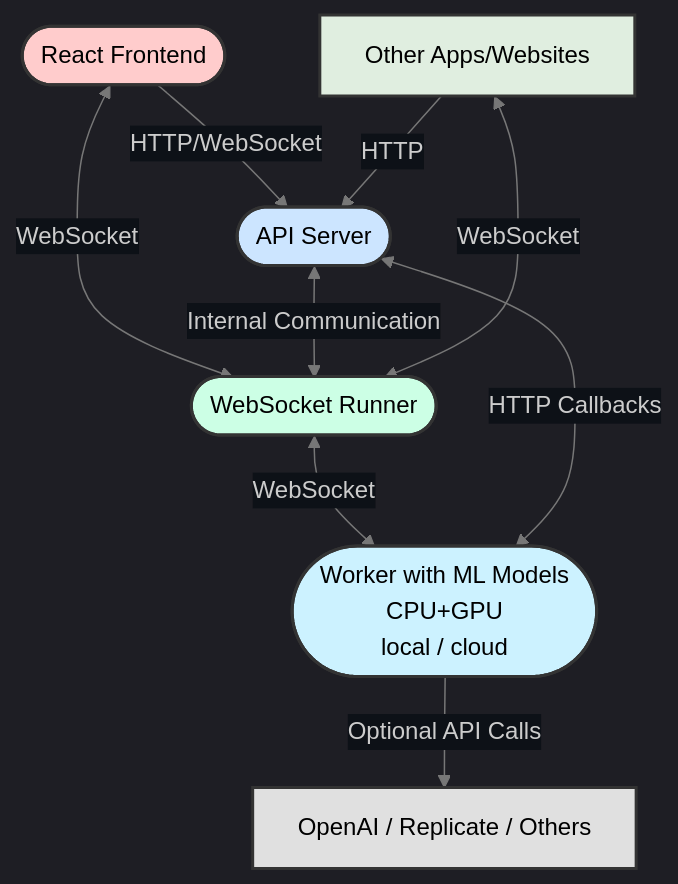
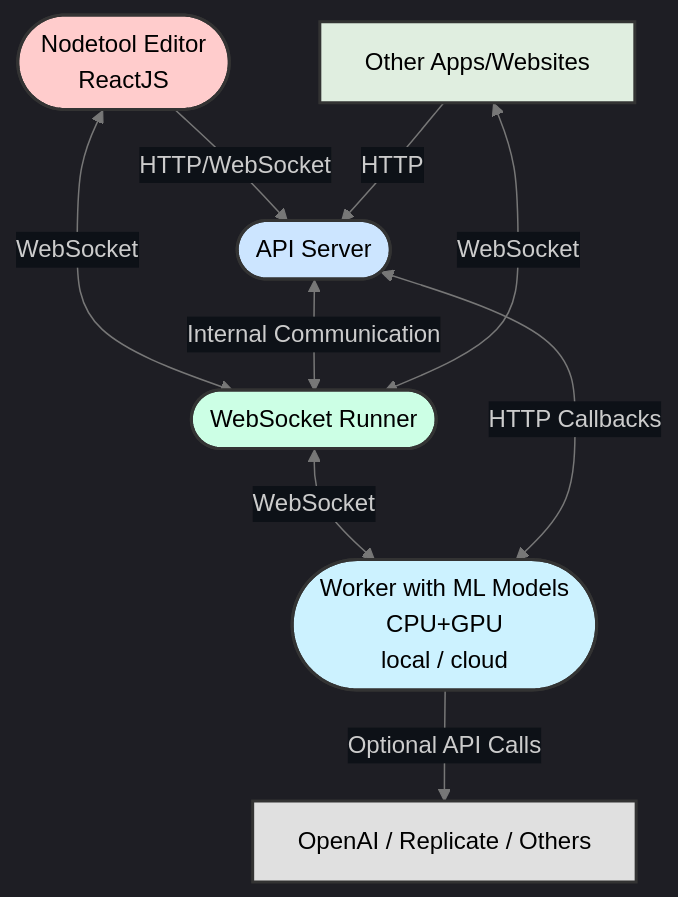
One commit to nodetool-ai/nodetool changed the diagram in README.md. Above: the diagram before and after it, drawn with Mermaid.

Commit message:
Update README.md architecture graph

````diff
--- a/README.md
+++ b/README.md
@@ -102,29 +102,29 @@
 ```mermaid
 %%{init: {'theme': 'dark', 'themeVariables': { 'primaryColor': '#0d1117', 'edgeLabelBackground': '#0d1117', 'lineColor': '#777', 'edgeLabelColor': '#777' }}}%%
 
 graph TD
-A([React Frontend]) -->|HTTP/WebSocket| B([API Server])
+A([Nodetool Editor<br>ReactJS]) -->|HTTP/WebSocket| B([API Server])
 A <-->|WebSocket| C([WebSocket Runner])
 B <-->|Internal Communication| C
 C <-->|WebSocket| D([Worker with ML Models<br> CPU+GPU <br>local / cloud])
 D <-->|HTTP Callbacks| B
 E[Other Apps/Websites] -->|HTTP| B
 E <-->|WebSocket| C
 D -->|Optional API Calls| F[OpenAI / Replicate / Others]
 
     classDef default fill:#e0eee0,stroke:#333,stroke-width:2px,color:#000;
     classDef frontend fill:#ffcccc,stroke:#333,stroke-width:2px,color:#000;
     classDef server fill:#cce5ff,stroke:#333,stroke-width:2px,color:#000;
     classDef runner fill:#ccffe5,stroke:#333,stroke-width:2px,color:#000;
     classDef worker fill:#ccf2ff,stroke:#333,stroke-width:2px,color:#000;
     classDef api fill:#e0e0e0,stroke:#333,stroke-width:2px,color:#000;
     classDef darkgray fill:#a9a9a9,stroke:#333,stroke-width:2px,color:#000;
 
 
     class A frontend;
     class B server;
     class C runner;
     class D worker;
     class E other;
     class F,G,H api;
 ```
````
